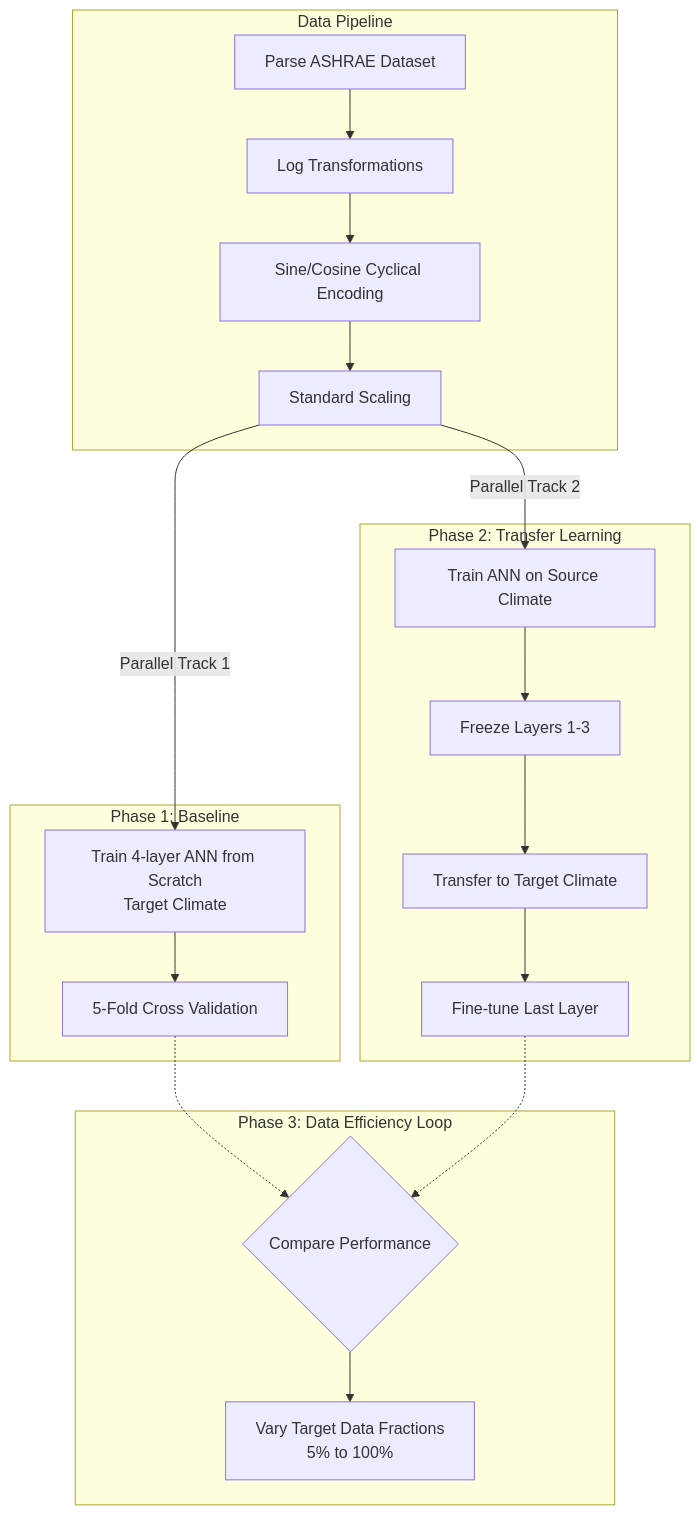
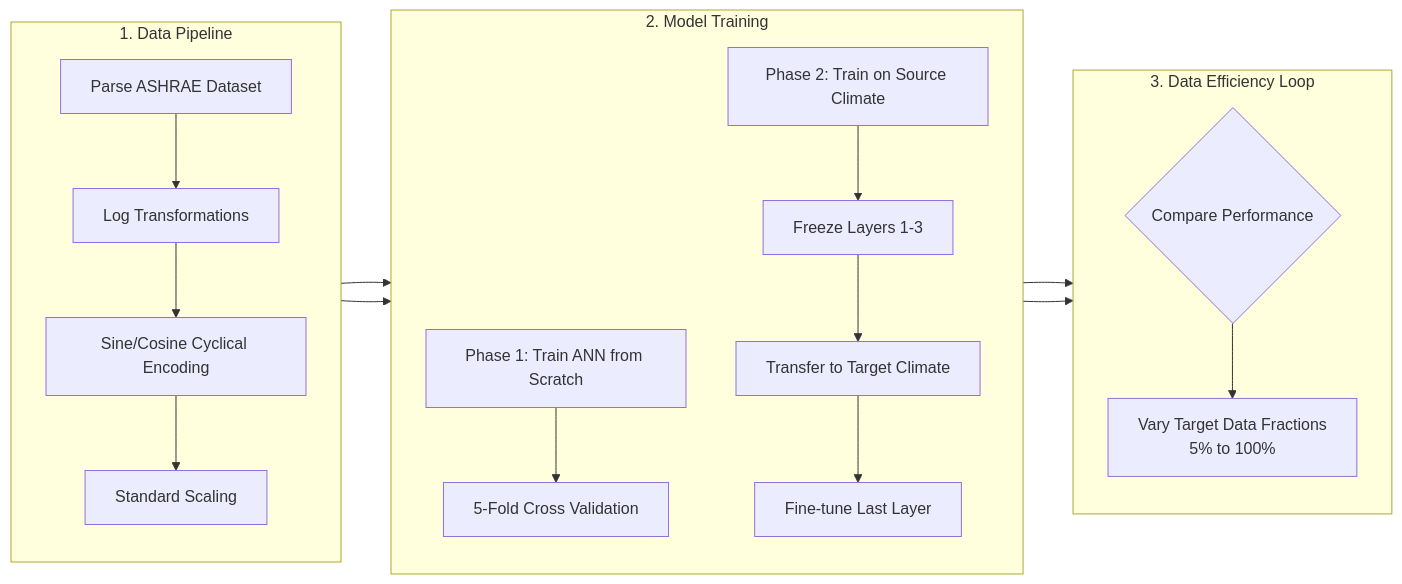
The diagram in PPT_CONTENT.md (shreeyadav06/NZEB-ANN), drawn with Mermaid before and after one commit.

Commit message:
Refactor mermaid diagram to 3-column Left-to-Right layout

````diff
--- a/PPT_CONTENT.md
+++ b/PPT_CONTENT.md
@@ -39,28 +39,28 @@
 ```mermaid
-graph TD
-    subgraph Pipeline [Data Pipeline]
+graph LR
+    subgraph Pipeline [1. Data Pipeline]
+        direction TB
         A[Parse ASHRAE Dataset] --> B[Log Transformations]
         B --> C[Sine/Cosine Cyclical Encoding]
         C --> D[Standard Scaling]
     end
     
-    D -->|Parallel Track 1| E
-    D -->|Parallel Track 2| G
-
-    subgraph Phase1 [Phase 1: Baseline]
-        E[Train 4-layer ANN from Scratch<br/>Target Climate] --> F[5-Fold Cross Validation]
-    end
-    
-    subgraph Phase2 [Phase 2: Transfer Learning]
-        G[Train ANN on Source Climate] --> H[Freeze Layers 1-3]
+    subgraph Training [2. Model Training]
+        direction TB
+        E[Phase 1: Train ANN from Scratch] --> F[5-Fold Cross Validation]
+        
+        G[Phase 2: Train on Source Climate] --> H[Freeze Layers 1-3]
         H --> I[Transfer to Target Climate]
         I --> J[Fine-tune Last Layer]
     end
     
-    F -.-> K
-    J -.-> K
-    
-    subgraph Phase3 [Phase 3: Data Efficiency Loop]
+    subgraph Evaluation [3. Data Efficiency Loop]
+        direction TB
         K{Compare Performance} --> L[Vary Target Data Fractions<br/>5% to 100%]
     end
+
+    D --> E
+    D --> G
+    F --> K
+    J --> K
 ```
````
